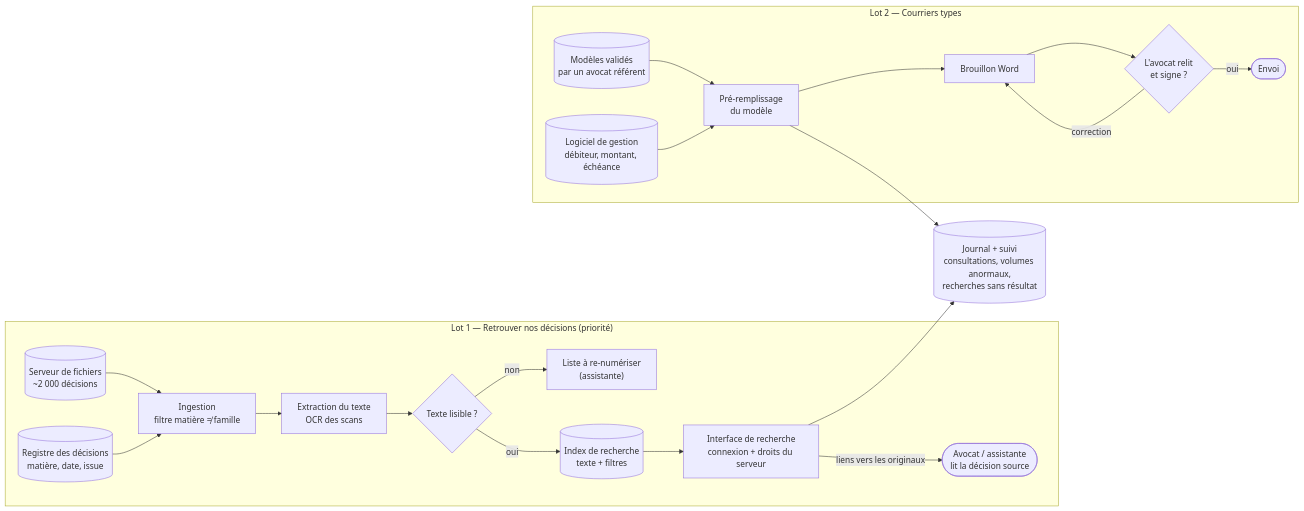
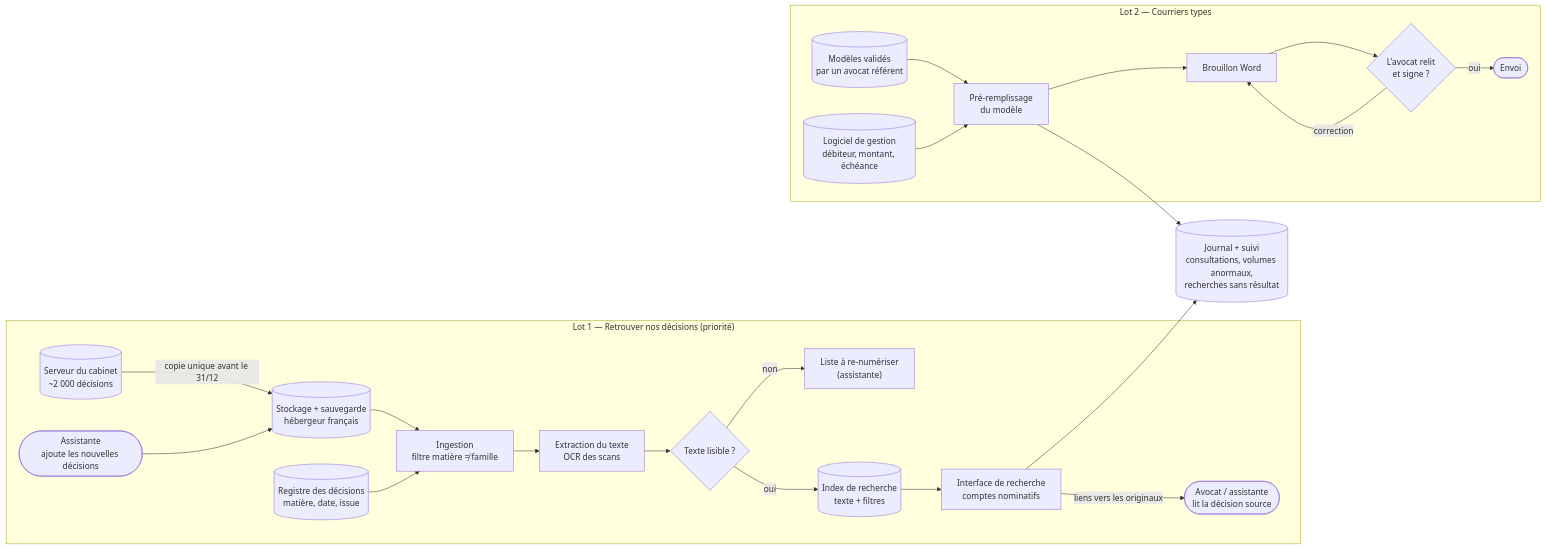
The diagram in schema_archi_cible.md (nawellepolin/M8-B1-cadrage-nawelle), drawn with Mermaid before and after one commit. The commit also changed other lines of this file and 1 other file, not shown here.

````diff
--- a/schema_archi_cible.md
+++ b/schema_archi_cible.md
@@ -7,25 +8,27 @@
 ```mermaid
 flowchart LR
     subgraph L1["Lot 1 — Retrouver nos décisions (priorité)"]
-        SRV[("Serveur de fichiers<br/>~2 000 décisions")] --> ING["Ingestion<br/>filtre matière ≠ famille"]
+        SRV[("Serveur du cabinet<br/>~2 000 décisions")] -->|"copie unique avant le 31/12"| STO[("Stockage + sauvegarde<br/>hébergeur français")]
+        STO --> ING["Ingestion<br/>filtre matière ≠ famille"]
+        ASS(["Assistante<br/>ajoute les nouvelles décisions"]) --> STO
         REG[("Registre des décisions<br/>matière, date, issue")] --> ING
         ING --> OCR["Extraction du texte<br/>OCR des scans"]
         OCR --> Q{"Texte lisible ?"}
         Q -->|non| REV["Liste à re-numériser<br/>(assistante)"]
         Q -->|oui| IDX[("Index de recherche<br/>texte + filtres")]
-        IDX --> UI["Interface de recherche<br/>connexion + droits du serveur"]
+        IDX --> UI["Interface de recherche<br/>comptes nominatifs"]
         UI -->|"liens vers les originaux"| AV1(["Avocat / assistante<br/>lit la décision source"])
     end
 
     subgraph L2["Lot 2 — Courriers types"]
         MOD[("Modèles validés<br/>par un avocat référent")] --> FUS["Pré-remplissage<br/>du modèle"]
         LGC[("Logiciel de gestion<br/>débiteur, montant, échéance")] --> FUS
         FUS --> BRO["Brouillon Word"]
         BRO --> V{"L'avocat relit<br/>et signe ?"}
         V -->|correction| BRO
         V -->|oui| ENV(["Envoi"])
     end
 
     UI --> LOG[("Journal + suivi<br/>consultations, volumes anormaux,<br/>recherches sans résultat")]
     FUS --> LOG
 ```
````
